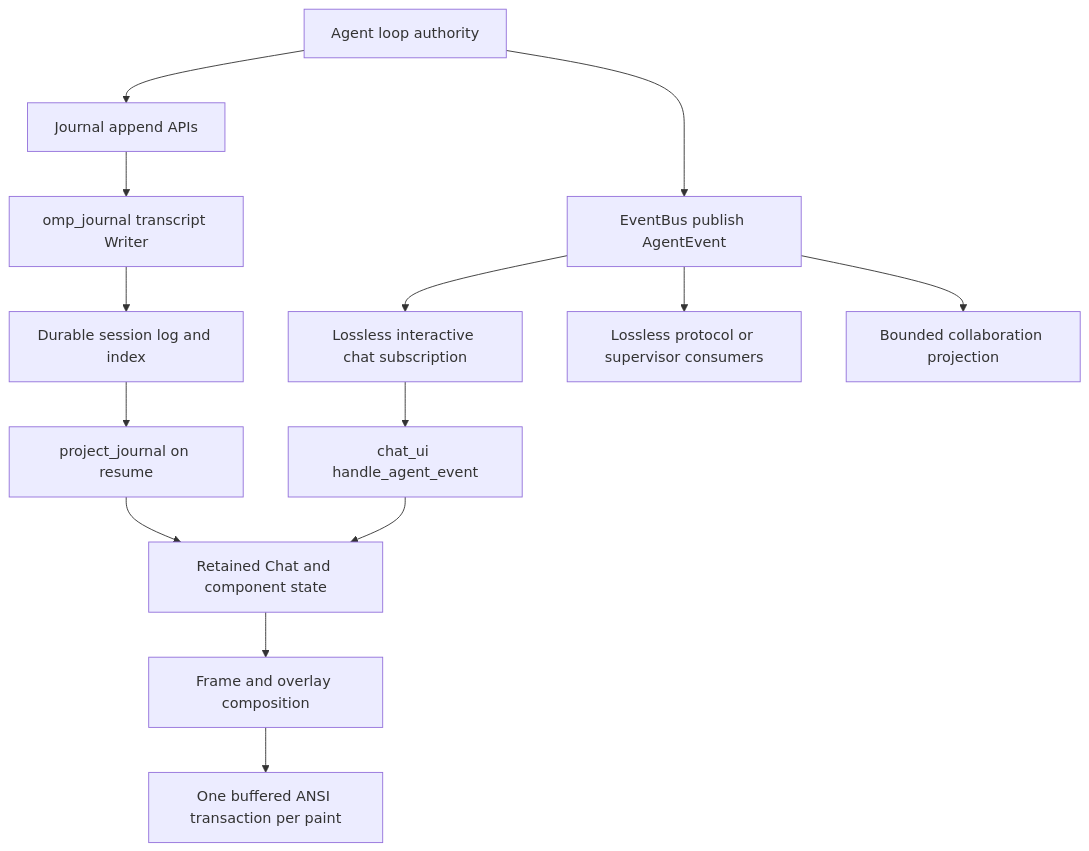
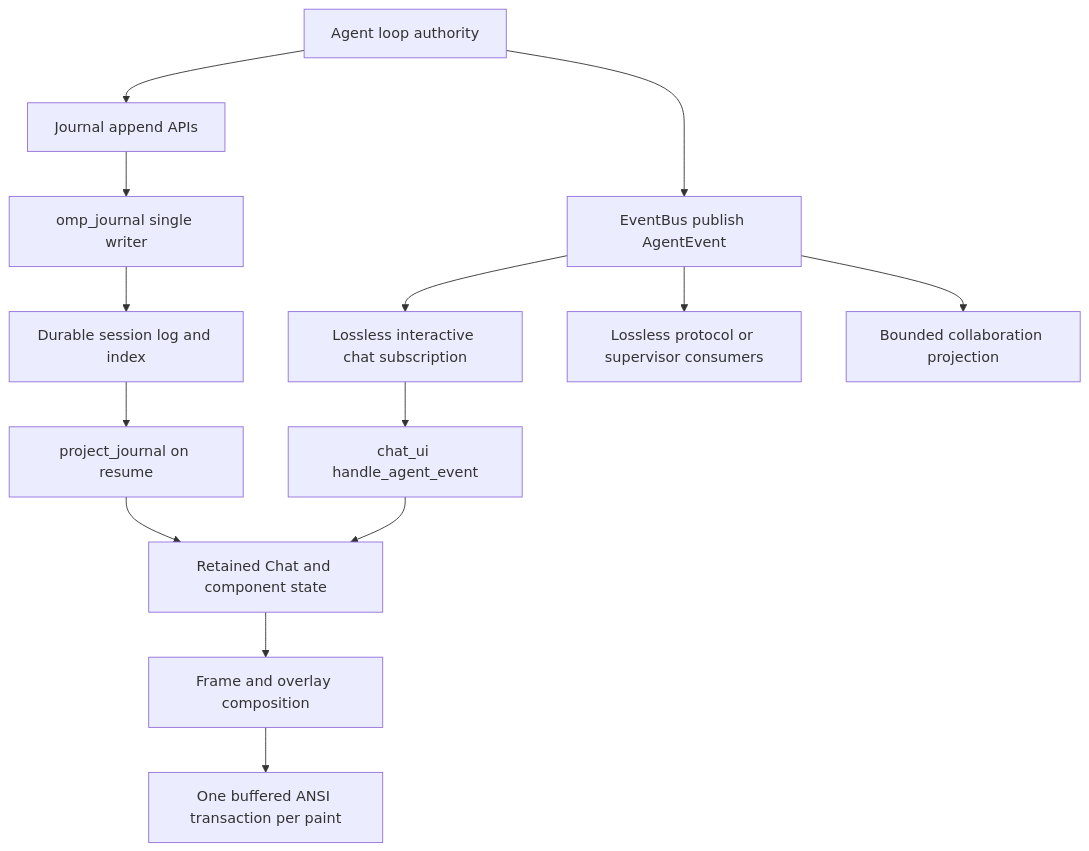
Before and after one commit to can1357/oh-my-pi: the fourth of 4 diagrams in docs/architecture/agent-loop.md, drawn with Mermaid. The commit also changed other lines of this file and 15 other files, not shown here.

````diff
--- a/docs/architecture/agent-loop.md
+++ b/docs/architecture/agent-loop.md
@@ -190,16 +190,16 @@
 ```mermaid
 flowchart TD
     L[Agent loop authority] --> J[Journal append APIs]
-    J --> W[omp_journal transcript Writer]
+    J --> W[omp_journal single writer]
     W --> S[Durable session log and index]
     S --> P[project_journal on resume]
     L --> E[EventBus publish AgentEvent]
     E --> U[Lossless interactive chat subscription]
     E --> H[Lossless protocol or supervisor consumers]
     E --> C[Bounded collaboration projection]
     U --> B[chat_ui handle_agent_event]
     B --> R[Retained Chat and component state]
     P --> R
     R --> F[Frame and overlay composition]
     F --> A[One buffered ANSI transaction per paint]
 ```
````
